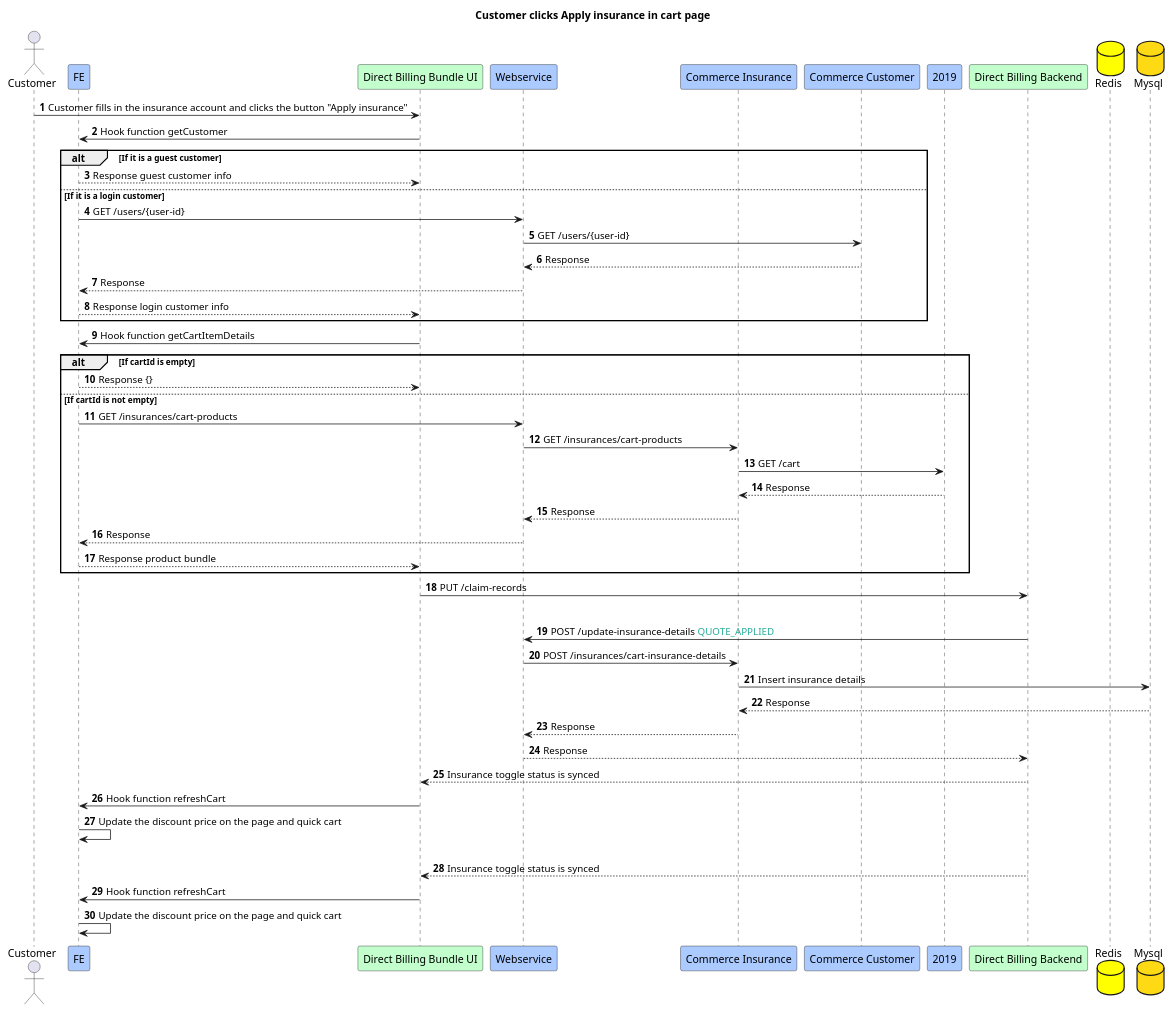
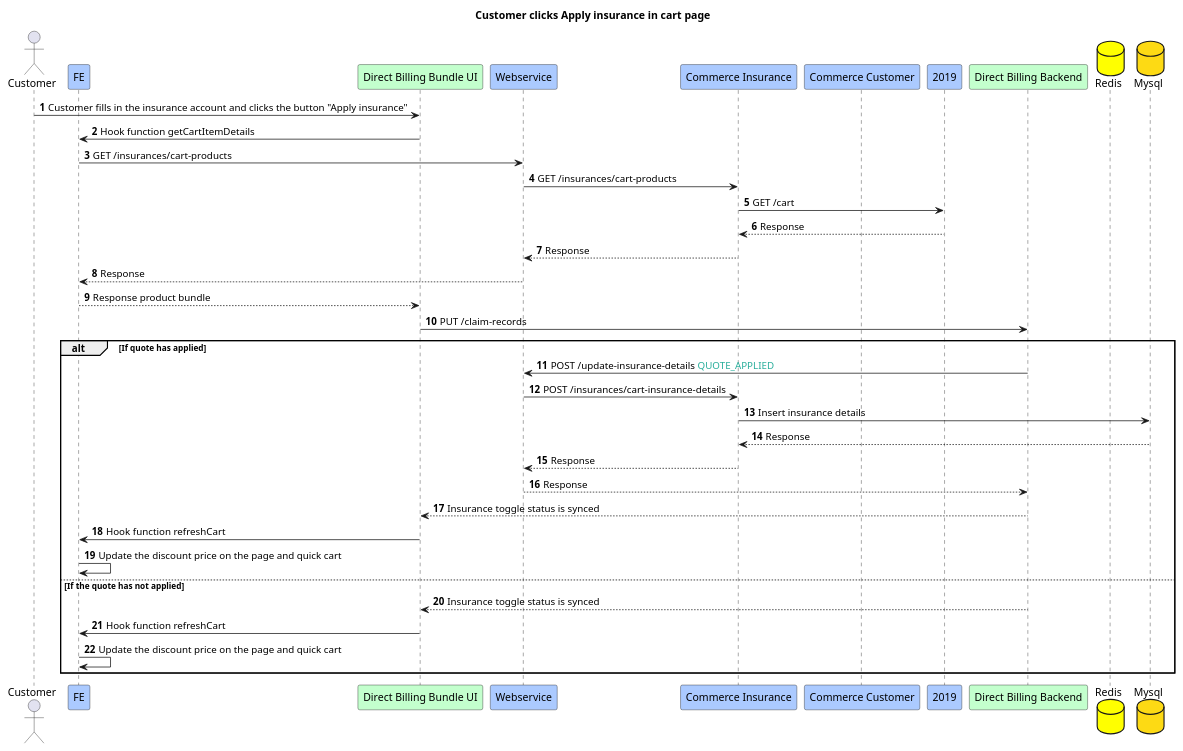
The diagram in 2.1.Customer clicks Apply insurance in cart page.puml (Jayounger/EyeMed-Sequence-Diagram), drawn with PlantUML before and after one commit. The commit also changed 4 other files, not shown here.

```diff
--- a/2.1.Customer clicks Apply insurance in cart page.puml
+++ b/2.1.Customer clicks Apply insurance in cart page.puml
@@ -1,57 +1,45 @@
 @startuml
 title Customer clicks Apply insurance in cart page
 actor Customer
 participant FE #abcaff
 participant "Direct Billing Bundle UI" #c3ffcd
 participant "Webservice" #abcaff
 participant "Commerce Insurance" #abcaff
 participant "Commerce Customer" #abcaff
 participant "2019" #abcaff
 participant "Direct Billing Backend" #c3ffcd
 database "Redis" #yellow
 database "Mysql" #fdda14
 
 autonumber
 Customer -> "Direct Billing Bundle UI":Customer fills in the insurance account and clicks the button "Apply insurance"
-"Direct Billing Bundle UI" -> FE:Hook function getCustomer
 
-alt If it is a guest customer
-    FE --> "Direct Billing Bundle UI":Response guest customer info
-else If it is a login customer
-    FE -> "Webservice":GET /users/{user-id}
-    "Webservice" -> "Commerce Customer":GET /users/{user-id}
-    "Commerce Customer" --> "Webservice":Response
-    "Webservice" --> FE:Response
-    FE --> "Direct Billing Bundle UI":Response login customer info
-end
 
 "Direct Billing Bundle UI" -> FE:Hook function getCartItemDetails
-alt If cartId is empty
-    FE --> "Direct Billing Bundle UI":Response {}
-else If cartId is not empty
-    FE -> "Webservice":GET /insurances/cart-products
-    "Webservice" -> "Commerce Insurance":GET /insurances/cart-products
-    "Commerce Insurance" -> 2019:GET /cart
-    2019 --> "Commerce Insurance":Response
-    "Commerce Insurance" --> "Webservice":Response
-    "Webservice" --> FE:Response
-    FE --> "Direct Billing Bundle UI":Response product bundle
-end
+
+FE -> "Webservice":GET /insurances/cart-products
+"Webservice" -> "Commerce Insurance":GET /insurances/cart-products
+"Commerce Insurance" -> 2019:GET /cart
+2019 --> "Commerce Insurance":Response
+"Commerce Insurance" --> "Webservice":Response
+"Webservice" --> FE:Response
+FE --> "Direct Billing Bundle UI":Response product bundle
 
 "Direct Billing Bundle UI" -> "Direct Billing Backend": PUT /claim-records
 
 alt If quote has applied
     "Direct Billing Backend" -> "Webservice":POST /update-insurance-details <font color=#27ad9a>QUOTE_APPLIED
     "Webservice" -> "Commerce Insurance":POST /insurances/cart-insurance-details
     "Commerce Insurance" -> "Mysql":Insert insurance details
     "Mysql" --> "Commerce Insurance":Response
     "Commerce Insurance" --> "Webservice":Response
     "Webservice" --> "Direct Billing Backend":Response
     "Direct Billing Backend" --> "Direct Billing Bundle UI":Insurance toggle status is synced
     "Direct Billing Bundle UI" -> FE:Hook function refreshCart
     FE -> FE:Update the discount price on the page and quick cart
 else If the quote has not applied
     "Direct Billing Backend" --> "Direct Billing Bundle UI":Insurance toggle status is synced
     "Direct Billing Bundle UI" -> FE:Hook function refreshCart
     FE -> FE:Update the discount price on the page and quick cart
+end
 @enduml
```
